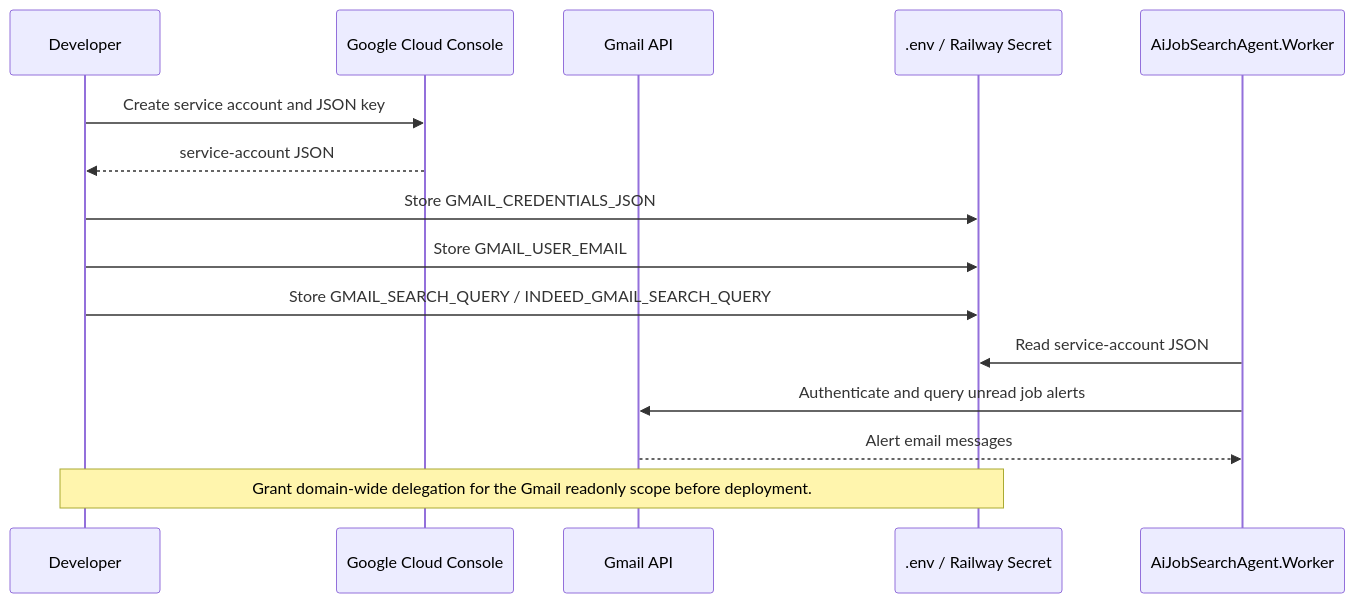
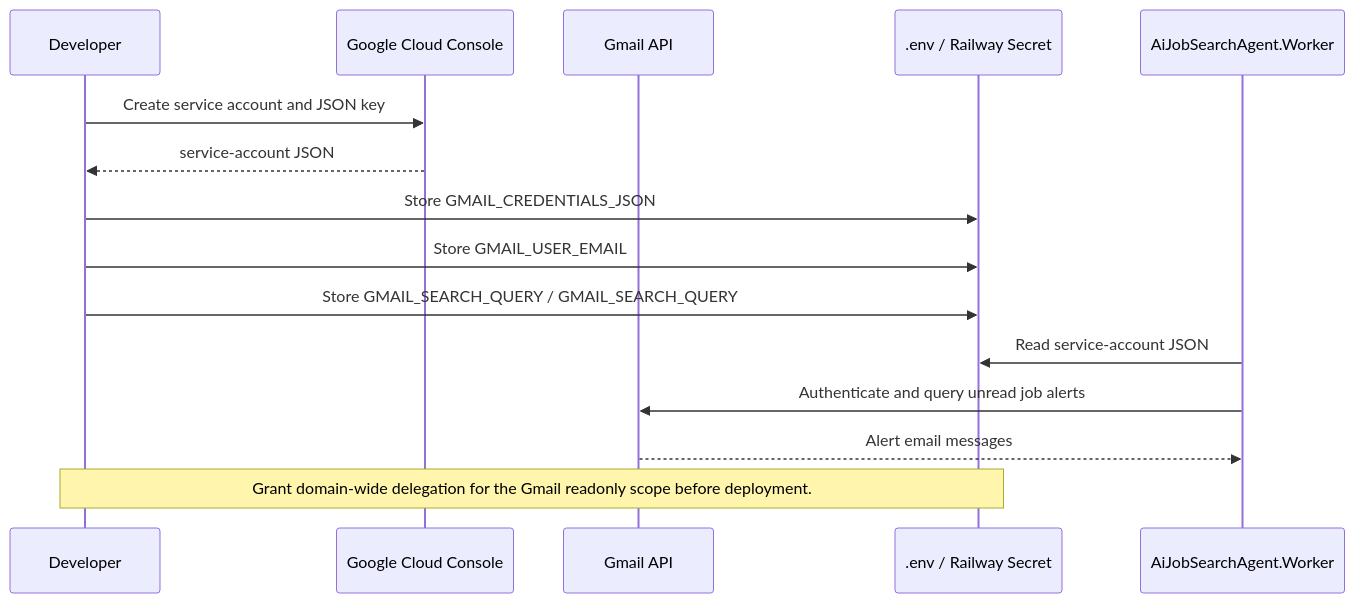
The sixth of 11 diagrams in docs/gmail-slack-integration.md (ekanatha-urivakili/AiJobSearchAgent), drawn with Mermaid before and after one commit. The commit also changed other lines of this file and 14 other files, not shown here.

````diff
--- a/docs/gmail-slack-integration.md
+++ b/docs/gmail-slack-integration.md
@@ -341,20 +338,20 @@
 ```mermaid
 sequenceDiagram
     participant Dev as Developer
     participant GConsole as Google Cloud Console
     participant Gmail as Gmail API
     participant EnvStore as .env / Railway Secret
     participant Worker as AiJobSearchAgent.Worker
 
     Dev->>GConsole: Create service account and JSON key
     GConsole-->>Dev: service-account JSON
     Dev->>EnvStore: Store GMAIL_CREDENTIALS_JSON
     Dev->>EnvStore: Store GMAIL_USER_EMAIL
-    Dev->>EnvStore: Store GMAIL_SEARCH_QUERY / INDEED_GMAIL_SEARCH_QUERY
+    Dev->>EnvStore: Store GMAIL_SEARCH_QUERY / GMAIL_SEARCH_QUERY
 
     Worker->>EnvStore: Read service-account JSON
     Worker->>Gmail: Authenticate and query unread job alerts
     Gmail-->>Worker: Alert email messages
 
     Note over Dev,EnvStore: Grant domain-wide delegation for the Gmail readonly scope before deployment.
 ```
````
